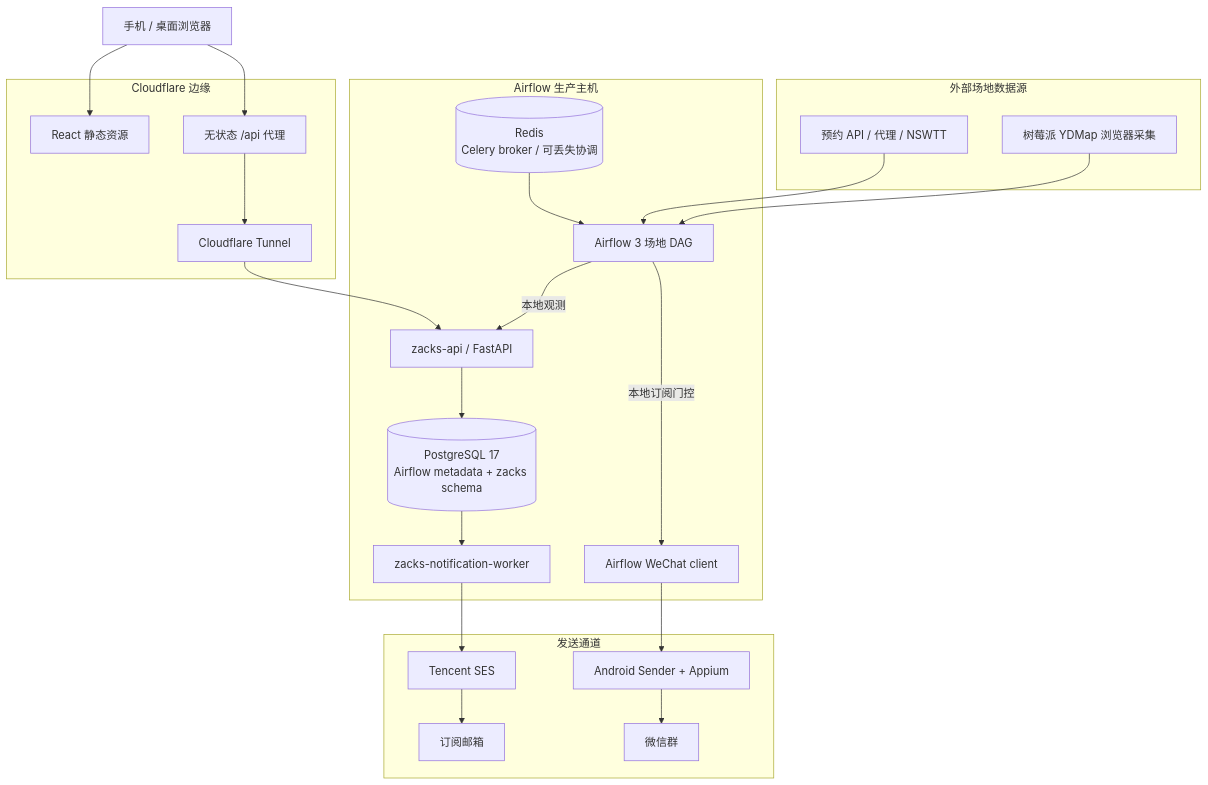
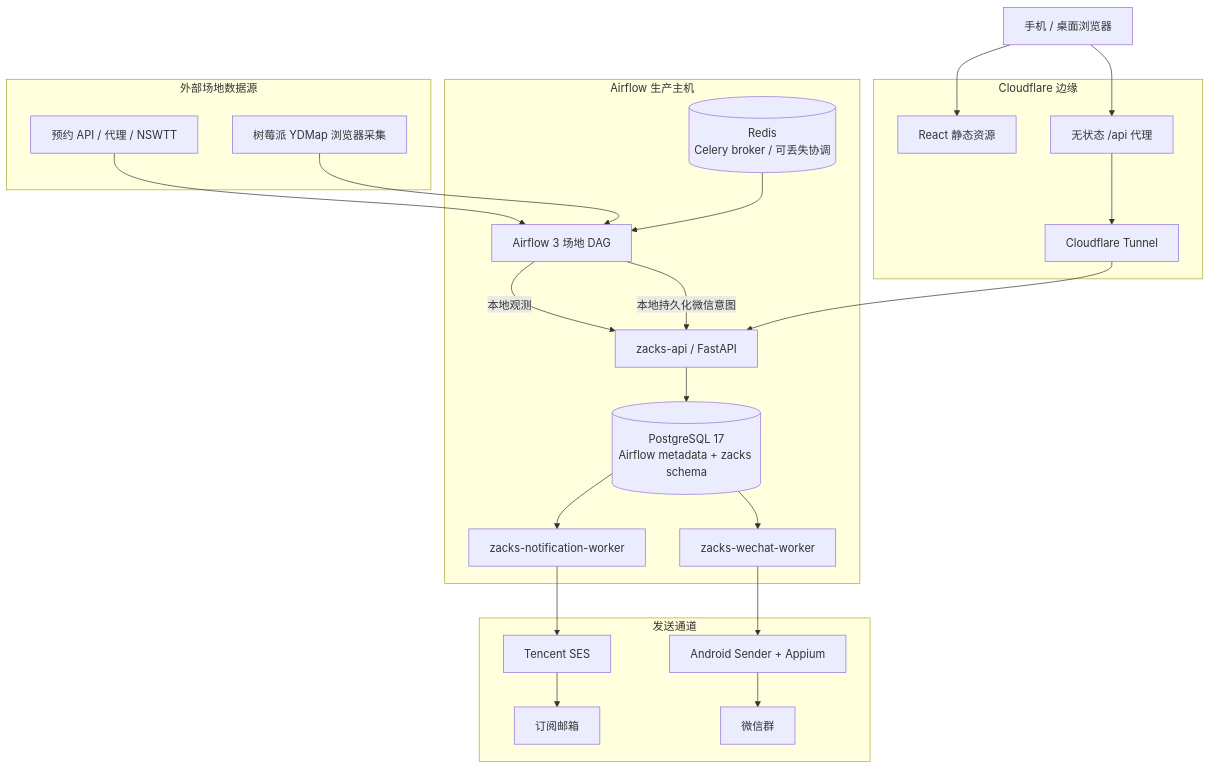
Before and after one commit to claude89757/wechat-on-airflow: the diagram in README.md, drawn with Mermaid. The commit also changed other lines of this file and 71 other files, not shown here.

````diff
--- a/README.md
+++ b/README.md
@@ -26,41 +26,42 @@
 ```mermaid
 flowchart TB
     subgraph Sources["外部场地数据源"]
         VenueAPI["预约 API / 代理 / NSWTT"]
         Pi["树莓派 YDMap 浏览器采集"]
     end
 
     subgraph Host["Airflow 生产主机"]
         Airflow["Airflow 3 场地 DAG"]
         API["zacks-api / FastAPI"]
         Worker["zacks-notification-worker"]
         PG[("PostgreSQL 17\nAirflow metadata + zacks schema")]
         Redis[("Redis\nCelery broker / 可丢失协调")]
-        WeChatClient["Airflow WeChat client"]
+        WeChatClient["zacks-wechat-worker"]
     end
 
     subgraph Edge["Cloudflare 边缘"]
         Static["React 静态资源"]
         Proxy["无状态 /api 代理"]
         Tunnel["Cloudflare Tunnel"]
     end
 
     subgraph Delivery["发送通道"]
         SES["Tencent SES"]
         Android["Android Sender + Appium"]
         Mail["订阅邮箱"]
         Group["微信群"]
     end
 
     VenueAPI --> Airflow
     Pi --> Airflow
     Redis --> Airflow
     Airflow -->|"本地观测"| API
     API --> PG
     PG --> Worker
     Worker --> SES --> Mail
-    Airflow -->|"本地订阅门控"| WeChatClient --> Android --> Group
+    Airflow -->|"本地持久化微信意图"| API
+    PG --> WeChatClient --> Android --> Group
 
     Browser["手机 / 桌面浏览器"] --> Static
     Browser --> Proxy --> Tunnel --> API
 ```
````
